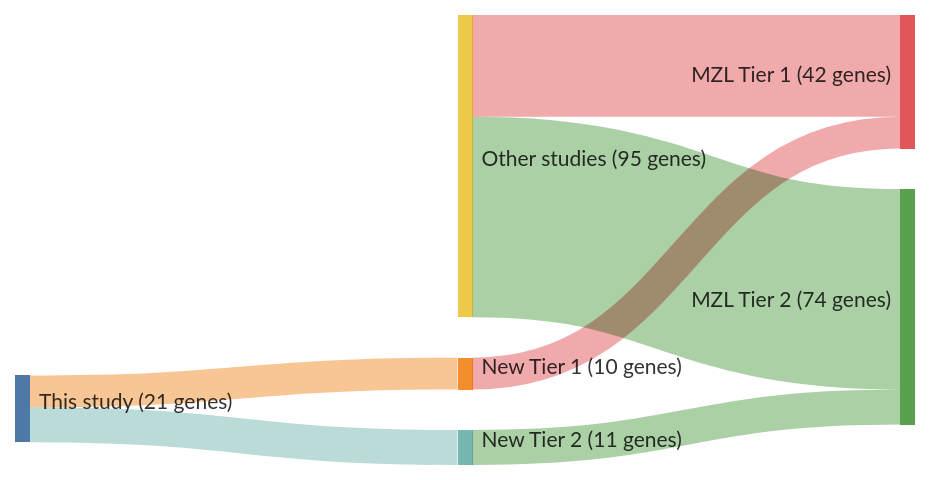
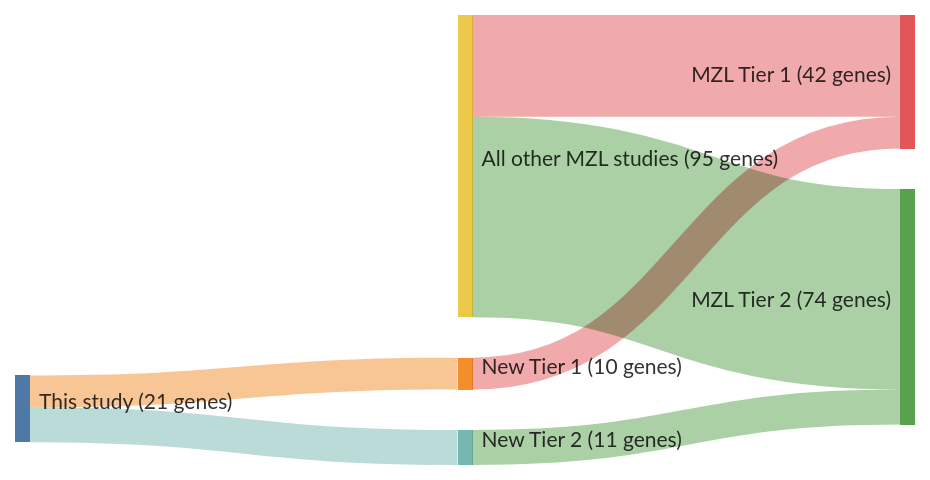
The diagram in papers/rossiCodingGenomeSplenic2012c.md (morinlab/lymphopedia), drawn with Mermaid before and after one commit. The commit also changed 82 other files, not shown here.

````diff
--- a/papers/rossiCodingGenomeSplenic2012c.md
+++ b/papers/rossiCodingGenomeSplenic2012c.md
@@ -13,20 +13,20 @@
 ```mermaid
 ---
 config:
     sankey:
         showValues: true
         linkColor: target
         width: 600
         height: 300
         nodeAlignment: right
         prefix: '('
         suffix: ' genes)'
 ---
 sankey-beta
 This study, New Tier 1, 10
 New Tier 1, MZL Tier 1, 10
 This study, New Tier 2, 11
 New Tier 2, MZL Tier 2, 11
-Other studies, MZL Tier 1, 32
-Other studies, MZL Tier 2, 63
+All other MZL studies, MZL Tier 1, 32
+All other MZL studies, MZL Tier 2, 63
 ```
````
